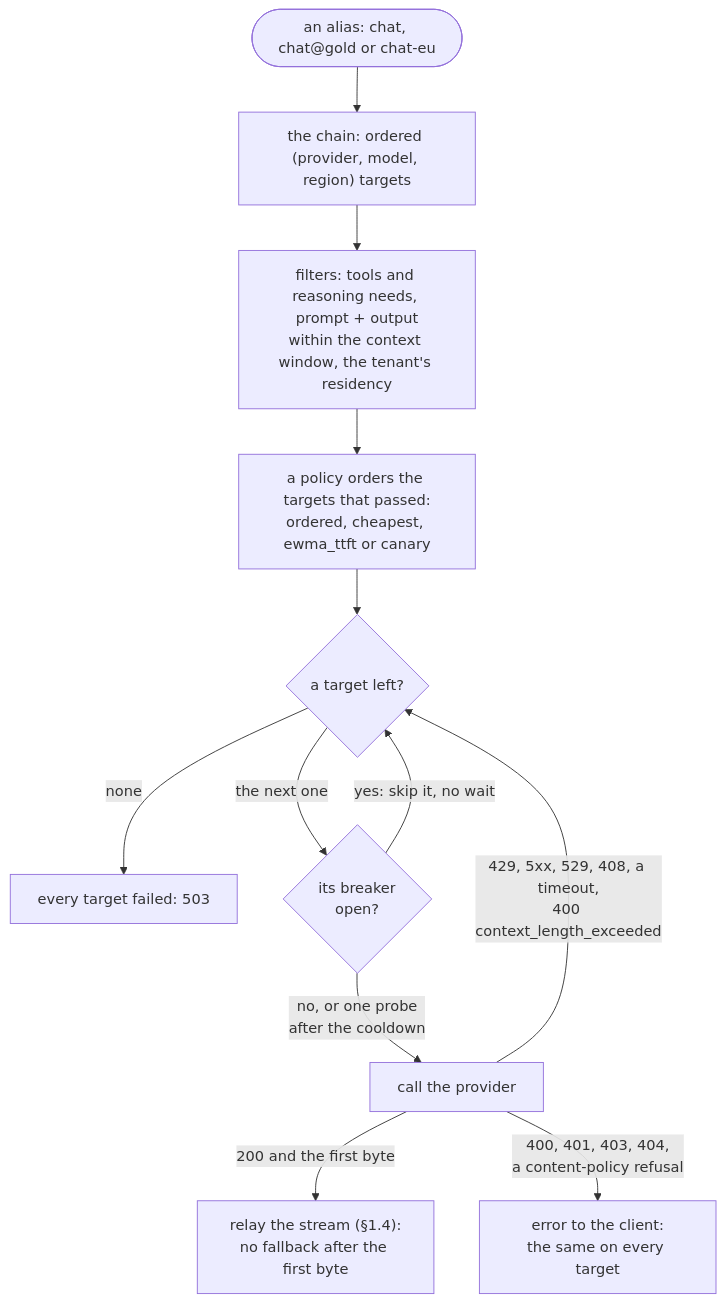
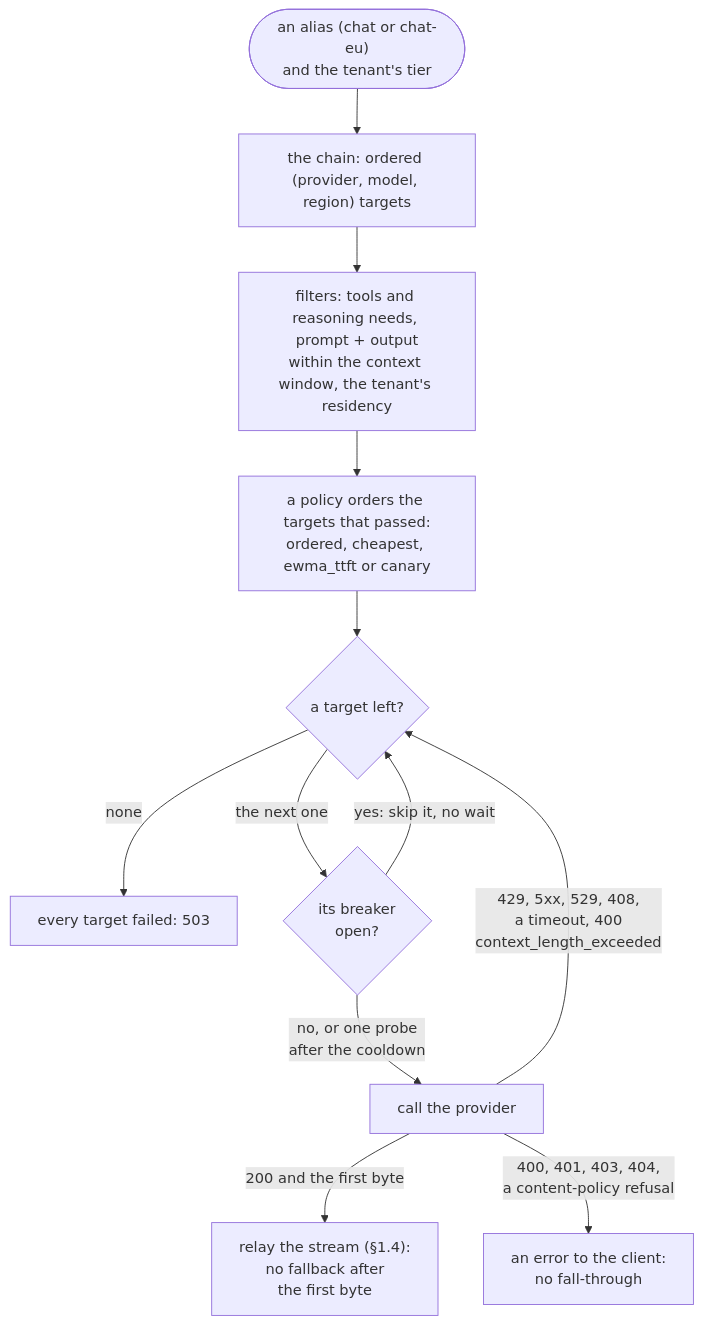
One commit to aniryou/full-stack-agentic-engineer changed the third of 7 diagrams in 06-gateway/llm-gateway/PRIMER.md. Above: the diagram before and after it, drawn with Mermaid. The commit also changed other lines of this file and 29 other files, not shown here.

````diff
--- a/06-gateway/llm-gateway/PRIMER.md
+++ b/06-gateway/llm-gateway/PRIMER.md
@@ -273,14 +273,14 @@
 ```mermaid
 flowchart TB
-    AL(["an alias: chat, chat@gold or chat-eu"]) --> CH["the chain: ordered (provider, model, region) targets"]
+    AL(["an alias (chat or chat-eu)<br/>and the tenant's tier"]) --> CH["the chain: ordered (provider, model, region) targets"]
     CH --> F["filters: tools and reasoning needs, prompt + output<br/>within the context window, the tenant's residency"]
     F --> P["a policy orders the targets that passed:<br/>ordered, cheapest, ewma_ttft or canary"]
     P --> NEXT{"a target left?"}
     NEXT -- "none" --> NONE["every target failed: 503"]
     NEXT -- "the next one" --> B{"its breaker<br/>open?"}
     B -- "yes: skip it, no wait" --> NEXT
     B -- "no, or one probe<br/>after the cooldown" --> CALL["call the provider"]
-    CALL -- "200 and the first byte" --> OK["relay the stream (§1.4):<br/>no fallback after the first byte"]
-    CALL -- "429, 5xx, 529, 408, a timeout,<br/>400 context_length_exceeded" --> NEXT
-    CALL -- "400, 401, 403, 404,<br/>a content-policy refusal" --> STOP["error to the client:<br/>the same on every target"]
+    CALL -- "200 and the first byte" --> OK["relay the stream (§1.4):<br/>no fallback after<br/>the first byte"]
+    CALL -- "429, 5xx, 529, 408,<br/>a timeout, 400<br/>context_length_exceeded" --> NEXT
+    CALL -- "400, 401, 403, 404,<br/>a content-policy refusal" --> STOP["an error to the client:<br/>no fall-through"]
 ```
````
